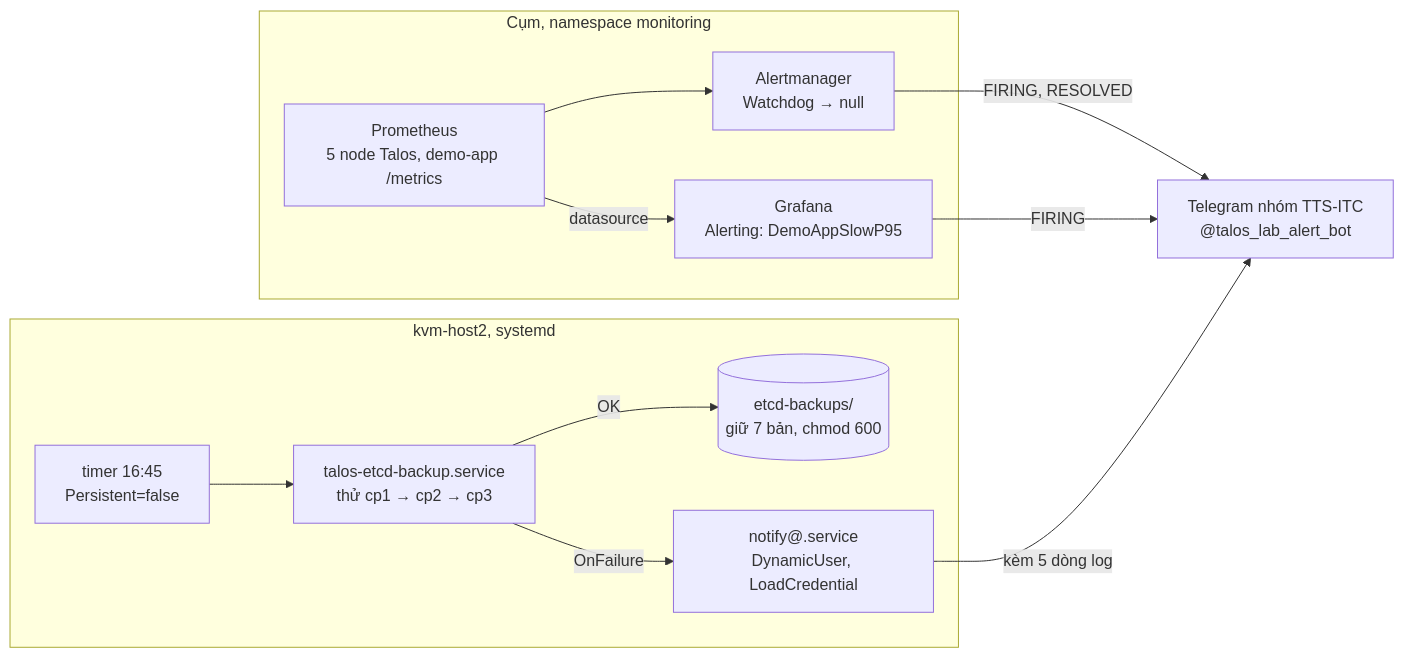
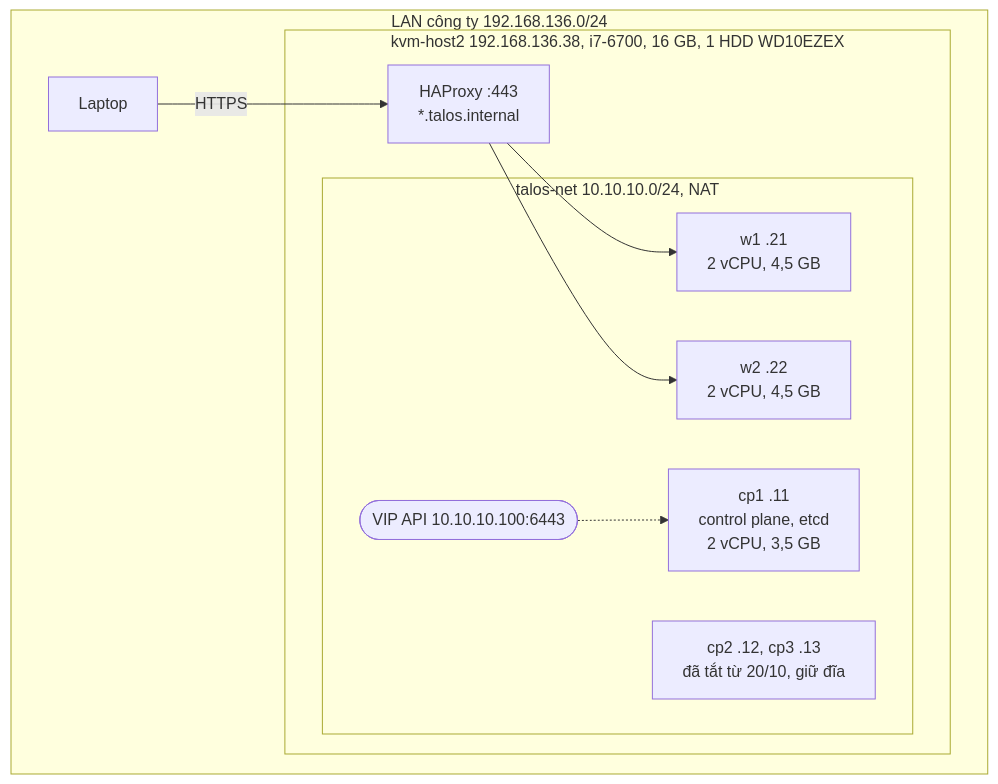
One commit to hungkobe273/talos-gitops changed the second of 2 diagrams in docs/kien-truc.md. Above: the diagram before and after it, drawn with Mermaid. The commit also changed other lines of this file and 1 other file, not shown here.

````diff
--- a/docs/kien-truc.md
+++ b/docs/kien-truc.md
@@ -78,16 +62,19 @@
 ```mermaid
-flowchart LR
-  subgraph monns["Cụm, namespace monitoring"]
-    prom["Prometheus<br/>5 node Talos, demo-app /metrics"] --> am["Alertmanager<br/>Watchdog → null"]
-    prom -- datasource --> graf["Grafana<br/>Alerting: DemoAppSlowP95"]
+flowchart TB
+  subgraph LAN["LAN công ty 192.168.136.0/24"]
+    laptop["Laptop"]
+    subgraph host2["kvm-host2 192.168.136.38, i7-6700, 16 GB, 1 HDD WD10EZEX"]
+      haproxy["HAProxy :443<br/>*.talos.internal"]
+      subgraph net["talos-net 10.10.10.0/24, NAT"]
+        vip(["VIP API 10.10.10.100:6443"])
+        cp1["cp1 .11<br/>control plane, etcd<br/>2 vCPU, 3,5 GB"]
+        w1["w1 .21<br/>2 vCPU, 4,5 GB"]
+        w2["w2 .22<br/>2 vCPU, 4,5 GB"]
+        off["cp2 .12, cp3 .13<br/>đã tắt từ 20/10, giữ đĩa"]
+      end
+    end
   end
-  subgraph h2["kvm-host2, systemd"]
-    timer["timer 16:45<br/>Persistent=false"] --> bk["talos-etcd-backup.service<br/>thử cp1 → cp2 → cp3"]
-    bk -- OK --> files[("etcd-backups/<br/>giữ 7 bản, chmod 600")]
-    bk -- OnFailure --> notify["notify@.service<br/>DynamicUser, LoadCredential"]
-  end
-  tg["Telegram nhóm TTS-ITC<br/>@talos_lab_alert_bot"]
-  am -- "FIRING, RESOLVED" --> tg
-  graf -- FIRING --> tg
-  notify -- "kèm 5 dòng log" --> tg
+  laptop -- "HTTPS" --> haproxy --> w1
+  haproxy --> w2
+  vip -.-> cp1
 ```
````
